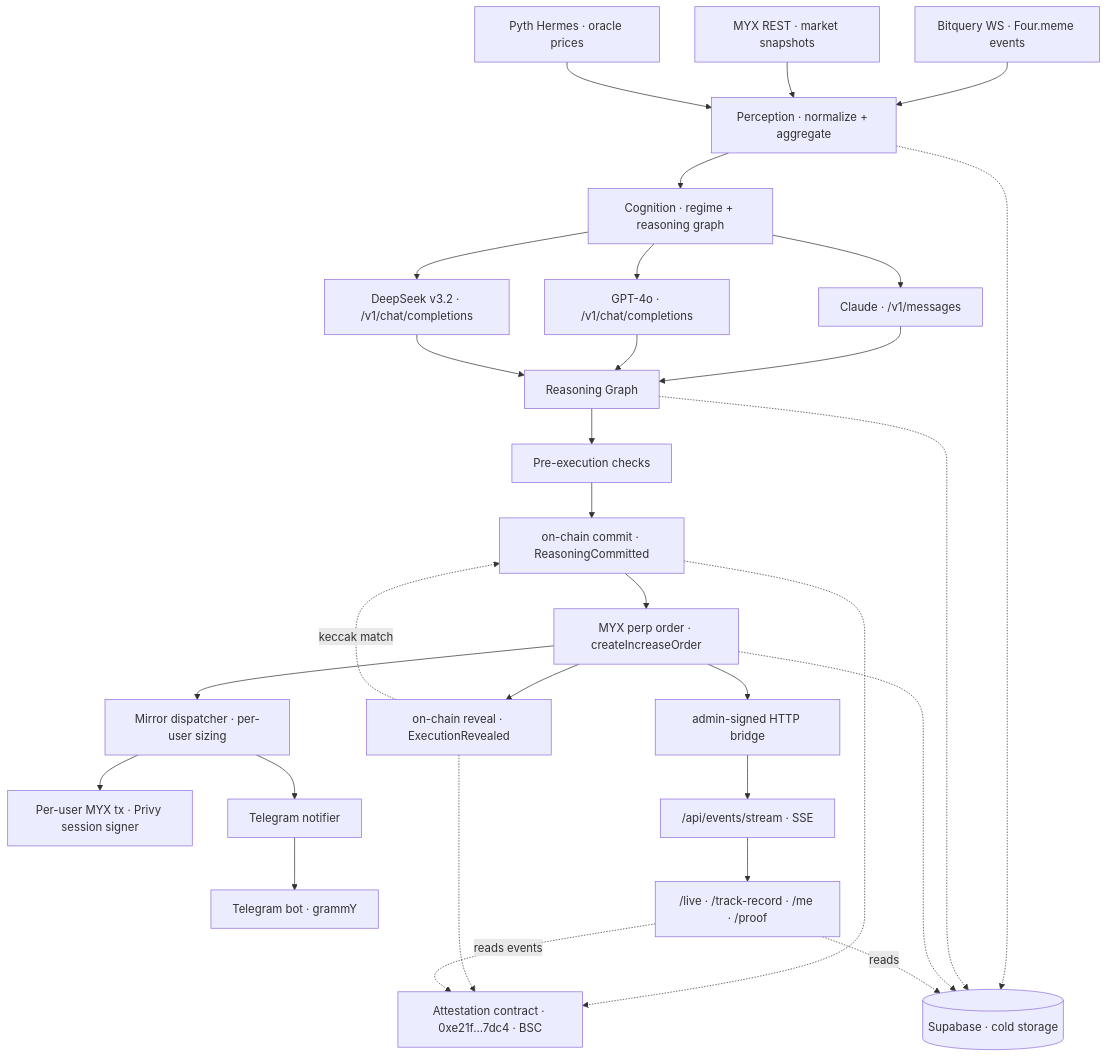
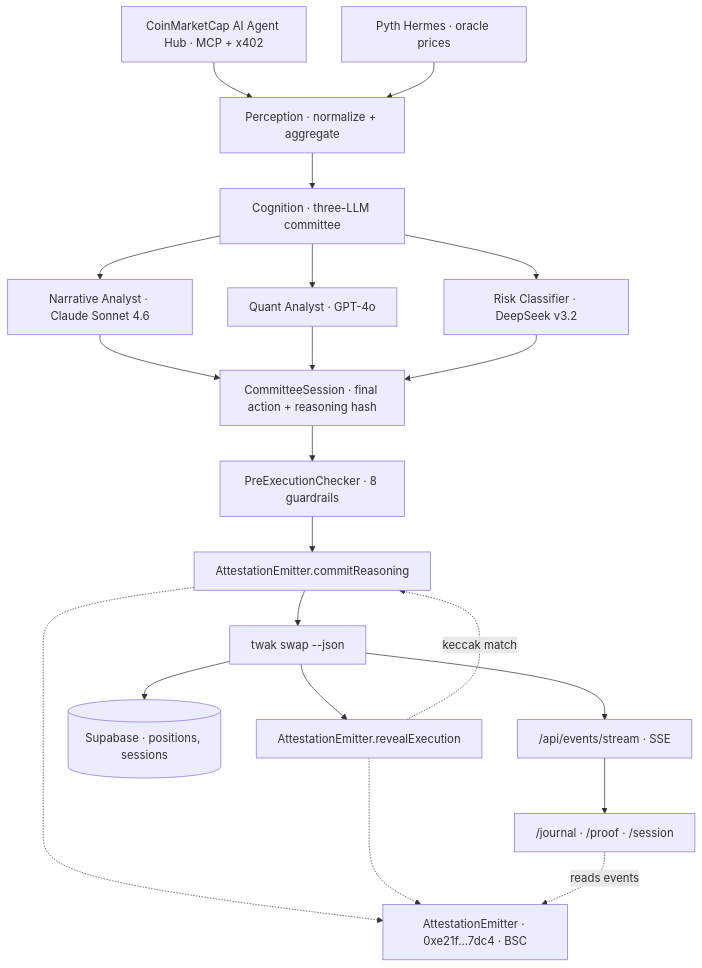
Before and after one commit to winsznx/neurodegen: the diagram in README.md, drawn with Mermaid. The commit also changed other lines of this file and 8 other files, not shown here.

````diff
--- a/README.md
+++ b/README.md
@@ -29,39 +48,29 @@
 ```mermaid
 flowchart TD
-  BQ["Bitquery WS · Four.meme events"] --> PERC
-  MYXR["MYX REST · market snapshots"] --> PERC
-  PY["Pyth Hermes · oracle prices"] --> PERC
+  CMC["CoinMarketCap AI Agent Hub · MCP + x402"] --> PERC
+  PYTH["Pyth Hermes · oracle prices"] --> PERC
 
-  PERC["Perception · normalize + aggregate"] --> COG["Cognition · regime + reasoning graph"]
+  PERC["Perception · normalize + aggregate"] --> COG["Cognition · three-LLM committee"]
 
-  COG --> CL["Claude · /v1/messages"]
-  COG --> GP["GPT-4o · /v1/chat/completions"]
-  COG --> DS["DeepSeek v3.2 · /v1/chat/completions"]
-  CL --> GRAPH["Reasoning Graph"]
-  GP --> GRAPH
-  DS --> GRAPH
+  COG --> NA["Narrative Analyst · Claude Sonnet 4.6"]
+  COG --> QA["Quant Analyst · GPT-4o"]
+  COG --> RC["Risk Classifier · DeepSeek v3.2"]
+  NA --> SESSION
+  QA --> SESSION
+  RC --> SESSION
 
-  GRAPH --> PRE["Pre-execution checks"]
-  PRE --> COMMIT["on-chain commit · ReasoningCommitted"]
-  COMMIT --> MYXTX["MYX perp order · createIncreaseOrder"]
-  MYXTX --> REVEAL["on-chain reveal · ExecutionRevealed"]
+  SESSION["CommitteeSession · final action + reasoning hash"] --> PRE
+  PRE["PreExecutionChecker · 8 guardrails"] --> COMMIT
+  COMMIT["AttestationEmitter.commitReasoning"] --> TWAK
+  TWAK["twak swap --json"] --> REVEAL
+  REVEAL["AttestationEmitter.revealExecution"]
   REVEAL -.->|keccak match| COMMIT
 
-  MYXTX --> MIRROR["Mirror dispatcher · per-user sizing"]
-  MIRROR --> USRTX["Per-user MYX tx · Privy session signer"]
-  MIRROR --> NOTIF["Telegram notifier"]
-  NOTIF --> TG["Telegram bot · grammY"]
+  TWAK --> SB[("Supabase · positions, sessions")]
+  TWAK --> SSE["/api/events/stream · SSE"]
+  SSE --> UI["/journal · /proof · /session"]
 
-  MYXTX --> BRIDGE["admin-signed HTTP bridge"]
-  BRIDGE --> SSE["/api/events/stream · SSE"]
-  SSE --> UI["/live · /track-record · /me · /proof"]
-
-  PERC -.-> SB[("Supabase · cold storage")]
-  GRAPH -.-> SB
-  MYXTX -.-> SB
-  UI -.->|reads| SB
-
-  COMMIT -.-> ATT["Attestation contract · 0xe21f…7dc4 · BSC"]
+  COMMIT -.-> ATT["AttestationEmitter · 0xe21f…7dc4 · BSC"]
   REVEAL -.-> ATT
   UI -.->|reads events| ATT
 ```
````
